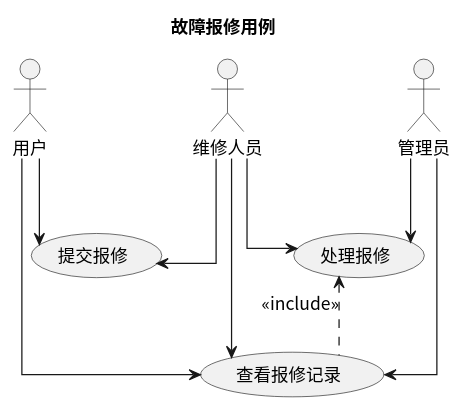
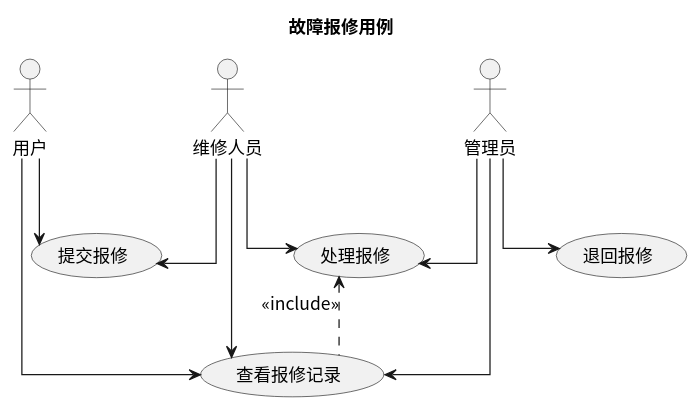
One commit to greenhandzdl/charging-station-doc changed the diagram in usecase/docs/backend/src/repair.puml. Above: the diagram before and after it, drawn with PlantUML. The commit also changed 33 other files, not shown here.

First line of the commit message:
fix: 全量评估修复 — 授权加固、欠费冻结、幂等性、跨图一致性修复

```diff
--- a/usecase/docs/backend/src/repair.puml
+++ b/usecase/docs/backend/src/repair.puml
@@ -1,24 +1,26 @@
 @startuml
 skinparam defaultFontName "Noto Sans CJK SC"
 skinparam defaultFontSize 14
 title 故障报修用例
 skinparam linetype ortho
 
 actor "用户" as U
 actor "维修人员" as M
 actor "管理员" as A
 
 (提交报修)
 (处理报修)
 (查看报修记录)
+(退回报修)
 
 U --> 提交报修
 U --> 查看报修记录
 M --> 提交报修
 M --> 处理报修
 M --> 查看报修记录
 A --> 处理报修
 A --> 查看报修记录
+A --> 退回报修
 
 处理报修 <.down. 查看报修记录 : <<include>>
 @enduml
```
